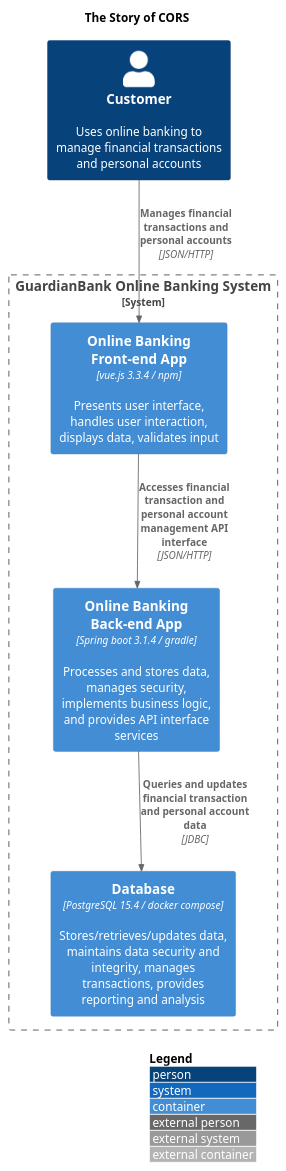
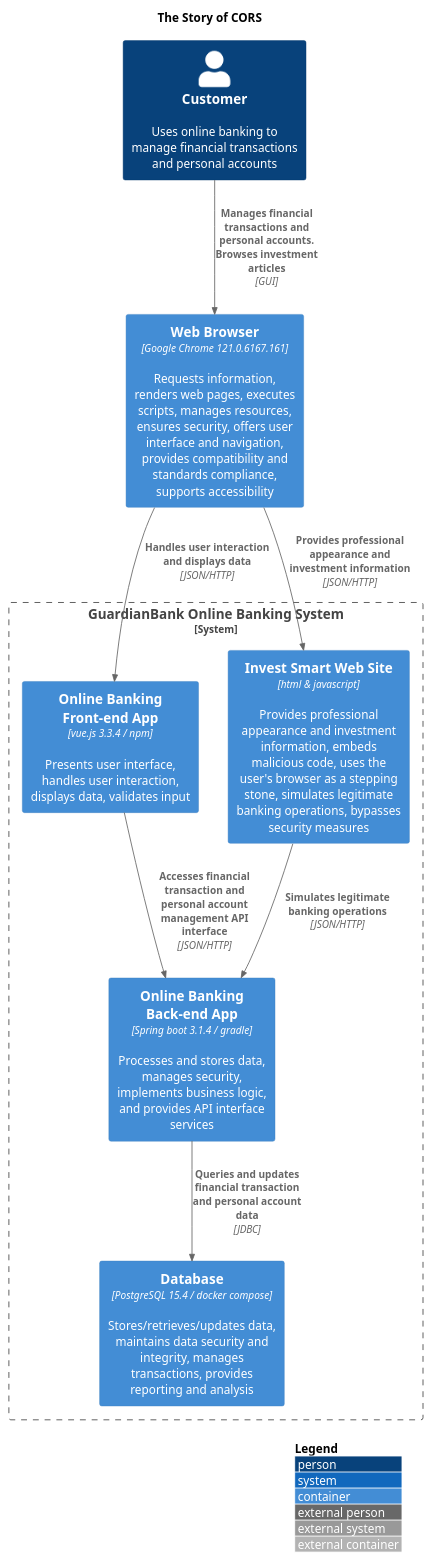
Before and after one commit to wubin28/shopping-list-web-app-2024-for-windows: the diagram in container-the-cors-story.puml, drawn with PlantUML. The commit also changed 1 other file, not shown here.

Commit message:
docs: add the investSmart web site in the container diagram

```diff
--- a/container-the-cors-story.puml
+++ b/container-the-cors-story.puml
@@ -1,25 +1,30 @@
 @startuml
 !include https://raw.githubusercontent.com/plantuml-stdlib/C4-PlantUML/master/C4_Container.puml
-' uncomment the following line and comment the first to use locally
+' uncomment the following line and comment the first line to use the file locally
 ' !include C4_Container.puml
 
 ' LAYOUT_TOP_DOWN()
 ' LAYOUT_AS_SKETCH()
 LAYOUT_WITH_LEGEND()
 
 title The Story of CORS
 
 Person(customer, "Customer", "Uses online banking to manage financial transactions and personal accounts")
+Container(webBrowser, "Web Browser", "Google Chrome 121.0.6167.161", "Requests information, renders web pages, executes scripts, manages resources, ensures security, offers user interface and navigation, provides compatibility and standards compliance, supports accessibility")
 
 System_Boundary(system-boundary, "GuardianBank Online Banking System") {
     Container(onlineBankingFrontEnd, "Online Banking Front-end App", "vue.js 3.3.4 / npm", "Presents user interface, handles user interaction, displays data, validates input")
+    Container(investSmartWebSite, "Invest Smart Web Site", "html & javascript", "Provides professional appearance and investment information, embeds malicious code, uses the user's browser as a stepping stone, simulates legitimate banking operations, bypasses security measures")
     Container(onlineBankingApi, "Online Banking Back-end App", "Spring boot 3.1.4 / gradle", "Processes and stores data, manages security, implements business logic, and provides API interface services")
     Container(db, "Database", "PostgreSQL 15.4 / docker compose", "Stores/retrieves/updates data, maintains data security and integrity, manages transactions, provides reporting and analysis")
 }
 
-Rel(customer, onlineBankingFrontEnd, "Manages financial transactions and personal accounts", "JSON/HTTP")
+Rel(customer, webBrowser, "Manages financial transactions and personal accounts. Browses investment articles", "GUI")
+Rel(webBrowser, onlineBankingFrontEnd, "Handles user interaction and displays data", "JSON/HTTP")
+Rel(webBrowser, investSmartWebSite, "Provides professional appearance and investment information", "JSON/HTTP")
 
 Rel(onlineBankingFrontEnd, onlineBankingApi, "Accesses financial transaction and personal account management API interface", "JSON/HTTP")
+Rel(investSmartWebSite, onlineBankingApi, "Simulates legitimate banking operations", "JSON/HTTP")
 Rel(onlineBankingApi, db, "Queries and updates financial transaction and personal account data", "JDBC")
 
 @enduml
```
